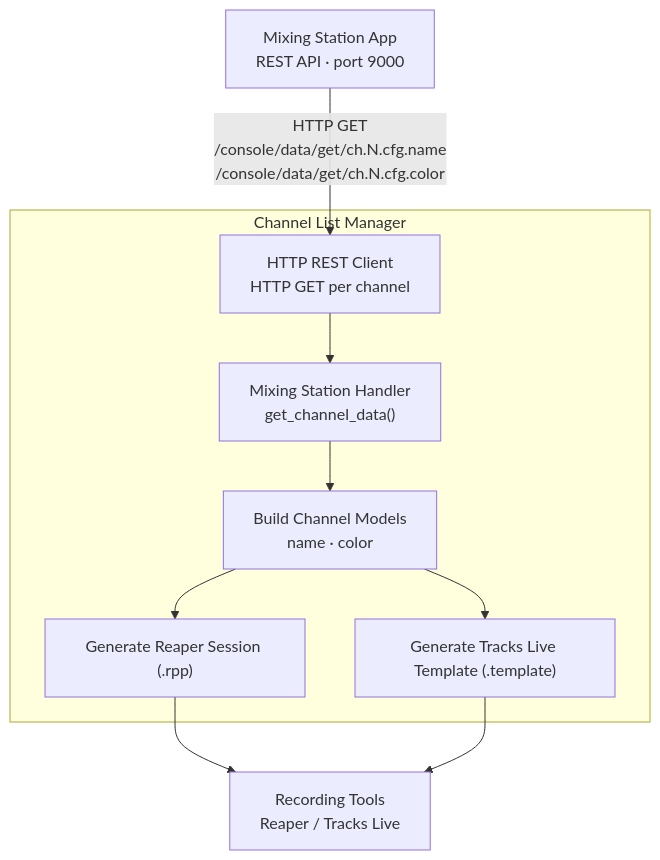
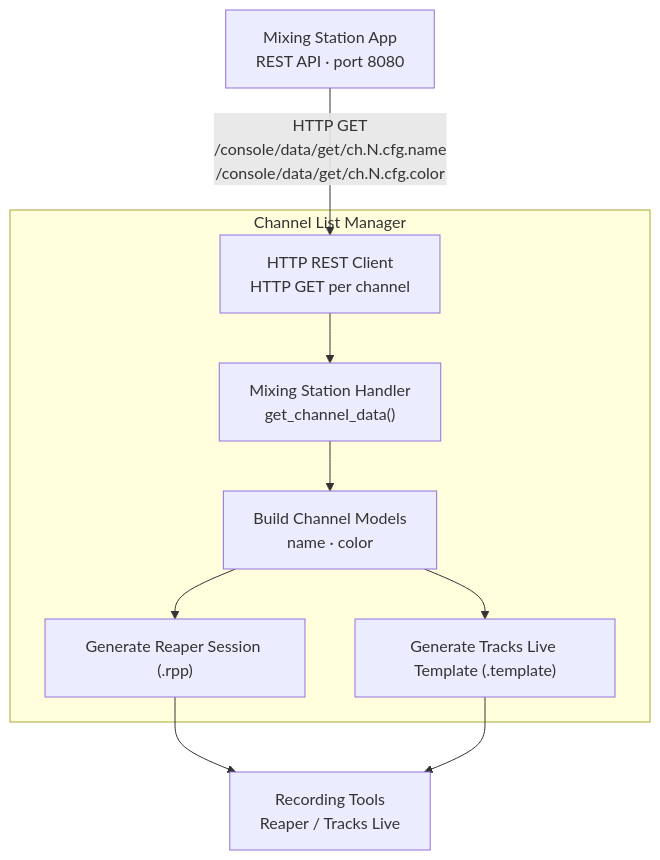
One commit to togrupe/dlive-midi-tools changed the fifth of 6 diagrams in doc/workflows.md. Above: the diagram before and after it, drawn with Mermaid. The commit also changed other lines of this file and 2 other files, not shown here.

````diff
--- a/doc/workflows.md
+++ b/doc/workflows.md
@@ -238,22 +356,22 @@
 ```mermaid
 flowchart TD
-    MS["Mixing Station App\nREST API · port 9000"]
+    MS["Mixing Station App\nREST API · port 8080"]
 
     subgraph dmt["Channel List Manager"]
         MSCLIENT["HTTP REST Client\nHTTP GET per channel"]
         MSHANDLER["Mixing Station Handler\nget_channel_data()"]
         MODELS["Build Channel Models\nname · color"]
         REAPER["Generate Reaper Session (.rpp)"]
         TL["Generate Tracks Live Template (.template)"]
     end
 
     DAW["Recording Tools\nReaper / Tracks Live"]
 
     MS -->|"HTTP GET\n/console/data/get/ch.N.cfg.name\n/console/data/get/ch.N.cfg.color"| MSCLIENT
     MSCLIENT --> MSHANDLER
     MSHANDLER --> MODELS
     MODELS --> REAPER
     MODELS --> TL
     REAPER --> DAW
     TL --> DAW
 ```
````
